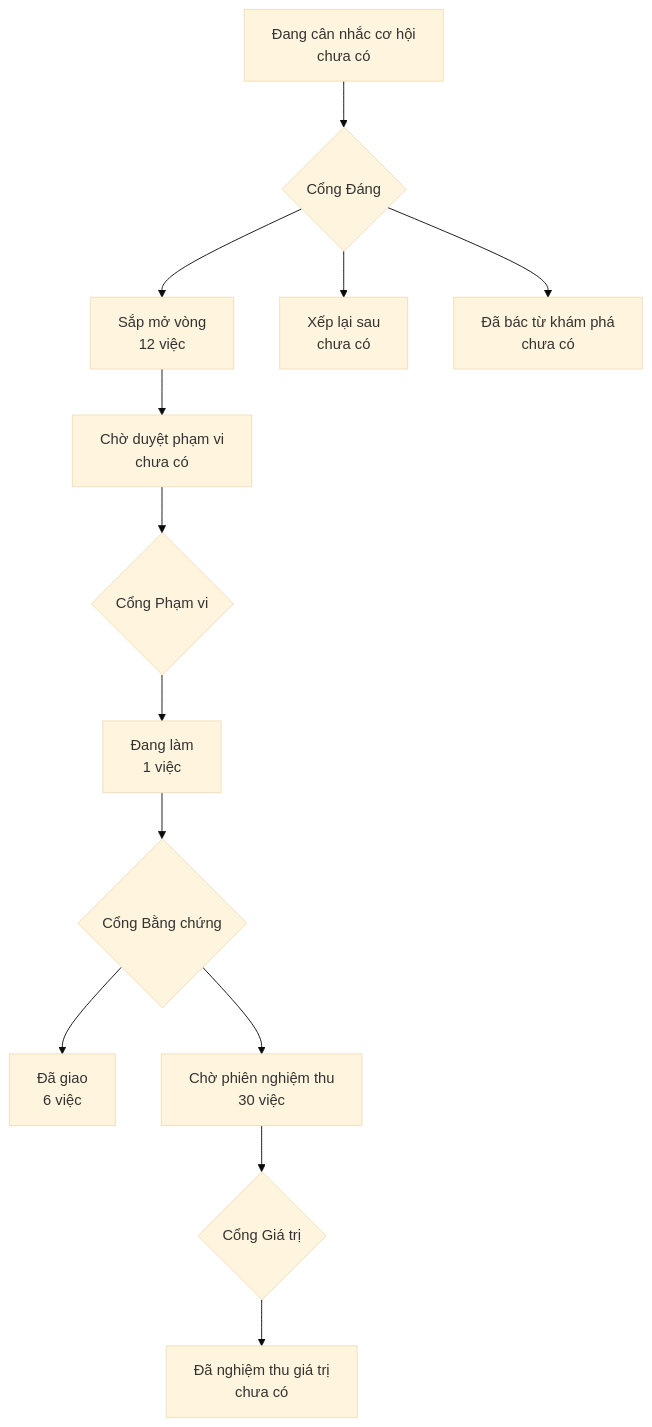
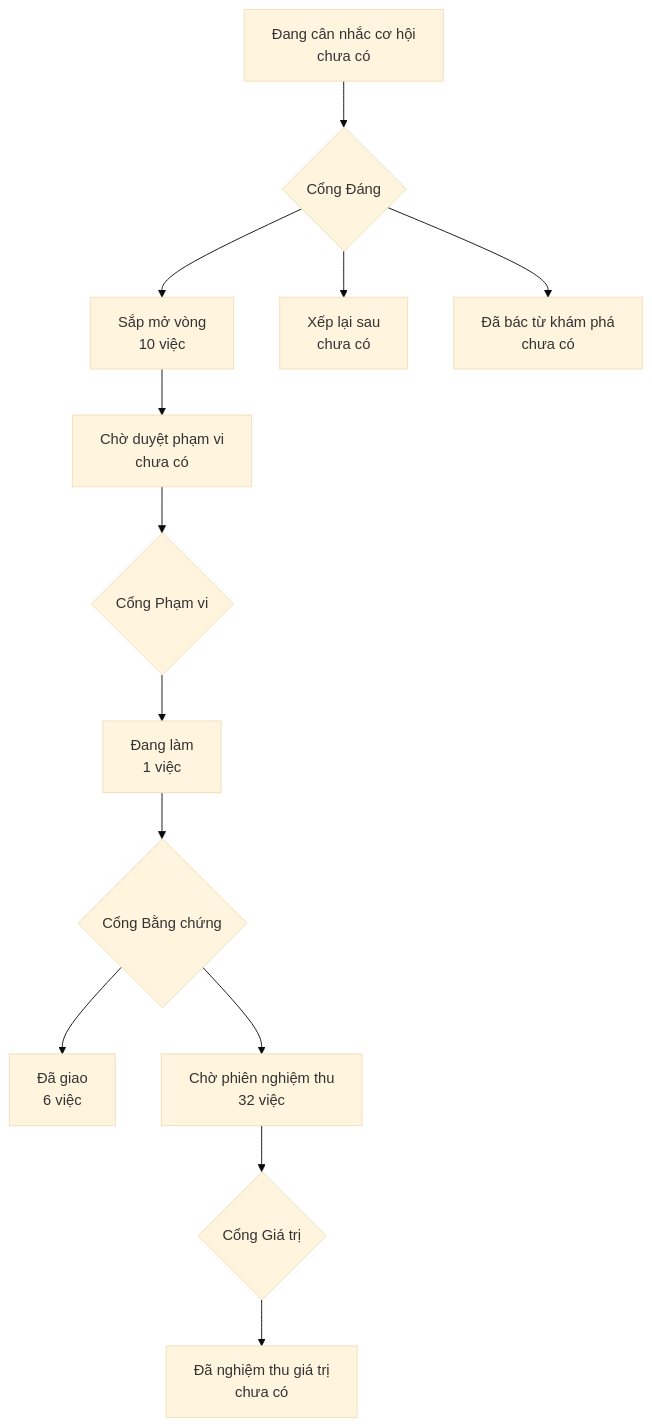
One commit to phanlemanh/onehub-quy-hang changed the diagram in PRODUCT-MAP.md. Above: the diagram before and after it, drawn with Mermaid (base theme). The commit also changed other lines of this file and 1 other file, not shown here.

Commit message:
chore: vẽ lại bản đồ sau gộp main

````diff
--- a/PRODUCT-MAP.md
+++ b/PRODUCT-MAP.md
@@ -7,12 +7,12 @@
 ```mermaid
 flowchart TD
   A["Đang cân nhắc cơ hội<br/>chưa có"] --> GD{"Cổng Đáng"}
-  GD --> B["Sắp mở vòng<br/>12 việc"]
+  GD --> B["Sắp mở vòng<br/>10 việc"]
   GD --> XL["Xếp lại sau<br/>chưa có"]
   GD --> DB["Đã bác từ khám phá<br/>chưa có"]
   B --> CD["Chờ duyệt phạm vi<br/>chưa có"] --> GP{"Cổng Phạm vi"}
   GP --> DL["Đang làm<br/>1 việc"] --> GB{"Cổng Bằng chứng"}
   GB --> DG["Đã giao<br/>6 việc"]
-  GB --> CN["Chờ phiên nghiệm thu<br/>30 việc"] --> GG{"Cổng Giá trị"}
+  GB --> CN["Chờ phiên nghiệm thu<br/>32 việc"] --> GG{"Cổng Giá trị"}
   GG --> NT["Đã nghiệm thu giá trị<br/>chưa có"]
 ```
````
